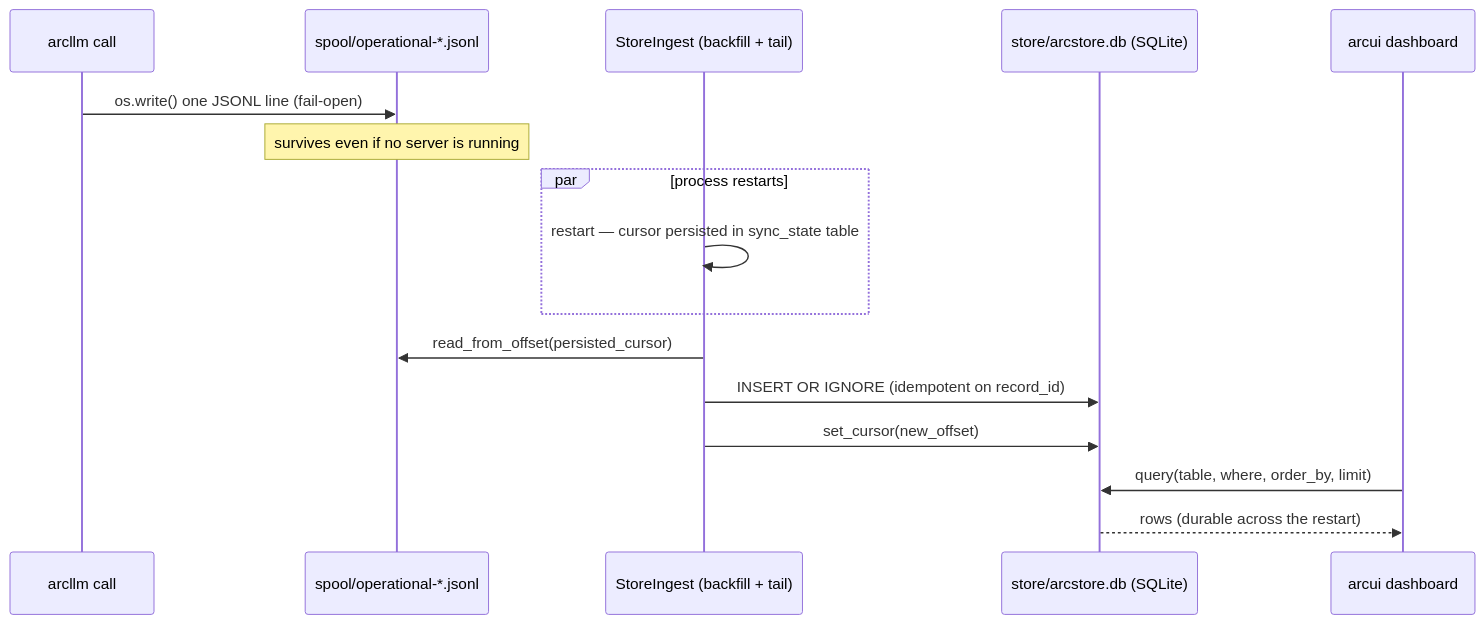
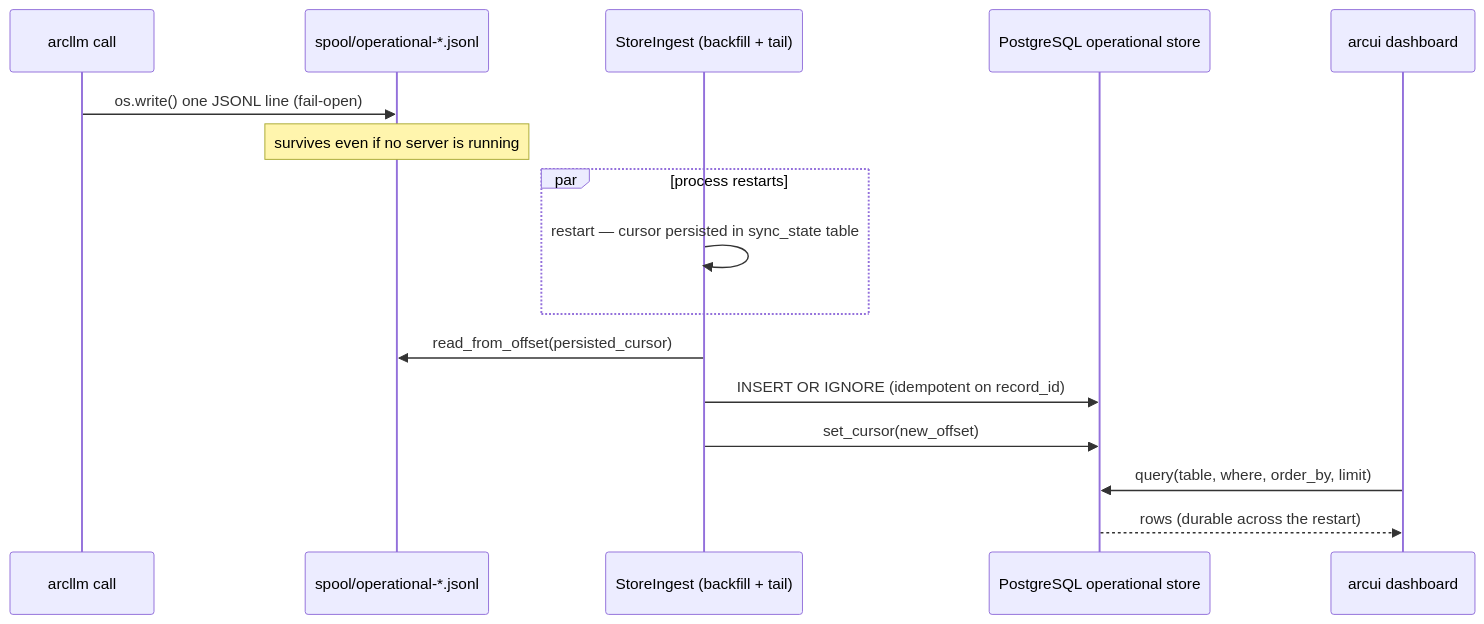
Before and after one commit to joshuamschultz/Arc: the fourth of 4 diagrams in docs/walkthrough/08-data-and-storage.md, drawn with Mermaid. The commit also changed other lines of this file and 16 other files, not shown here.

First line of the commit message:
docs: align ArcStore references with PostgreSQL cutover

````diff
--- a/docs/walkthrough/08-data-and-storage.md
+++ b/docs/walkthrough/08-data-and-storage.md
@@ -416,19 +400,19 @@
 ```mermaid
 sequenceDiagram
     participant LLM as arcllm call
     participant Spool as spool/operational-*.jsonl
     participant Ingest as StoreIngest (backfill + tail)
-    participant DB as store/arcstore.db (SQLite)
+    participant DB as PostgreSQL operational store
     participant UI as arcui dashboard
 
     LLM->>Spool: os.write() one JSONL line (fail-open)
     Note over Spool: survives even if no server is running
     par process restarts
         Ingest->>Ingest: restart — cursor persisted in sync_state table
     end
     Ingest->>Spool: read_from_offset(persisted_cursor)
     Ingest->>DB: INSERT OR IGNORE (idempotent on record_id)
     Ingest->>DB: set_cursor(new_offset)
     UI->>DB: query(table, where, order_by, limit)
     DB-->>UI: rows (durable across the restart)
 ```
````
